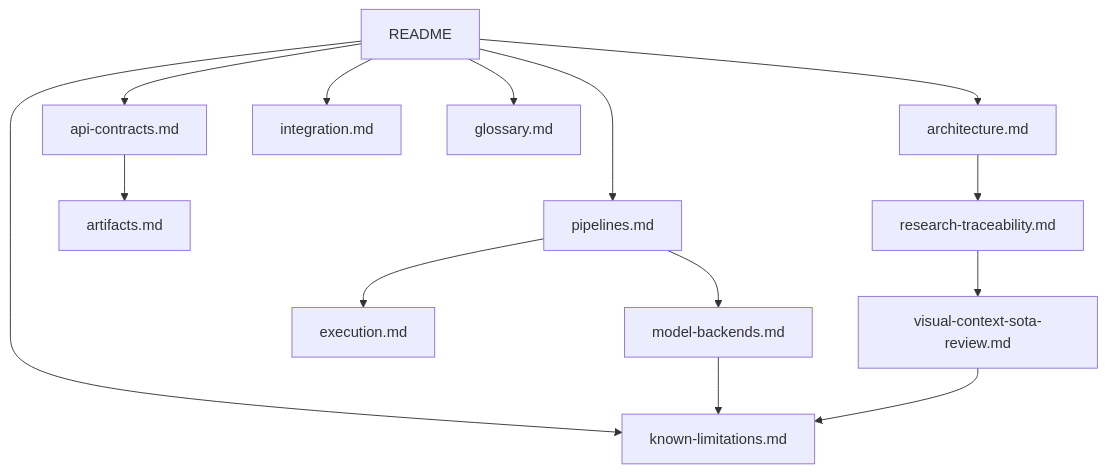
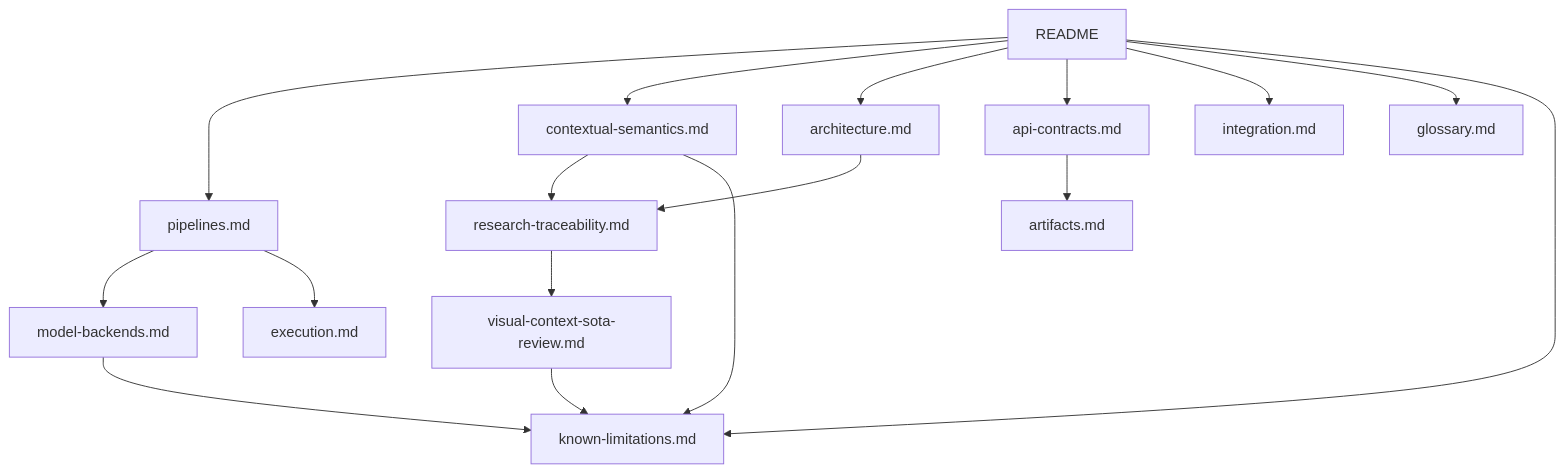
Before and after one commit to Alexandre-Tortoza/contextual-3d-mapping: the diagram in modules/visual-perception/docs/README.md, drawn with Mermaid. The commit also changed other lines of this file, not shown here.

Commit message:
docs(visual-perception): index contextual semantic policy

````diff
--- a/modules/visual-perception/docs/README.md
+++ b/modules/visual-perception/docs/README.md
@@ -83,16 +115,19 @@
 ```mermaid
 flowchart TD
     R[README] --> P[pipelines.md]
+    R --> S[contextual-semantics.md]
     R --> A[architecture.md]
     R --> C[api-contracts.md]
     R --> I[integration.md]
     P --> B[model-backends.md]
     P --> E[execution.md]
     C --> T[artifacts.md]
     A --> Q[research-traceability.md]
+    S --> Q
+    S --> L[known-limitations.md]
     R --> G[glossary.md]
-    R --> L[known-limitations.md]
+    R --> L
     B --> L
-    Q --> S[visual-context-sota-review.md]
-    S --> L
+    Q --> V[visual-context-sota-review.md]
+    V --> L
 ```
````
